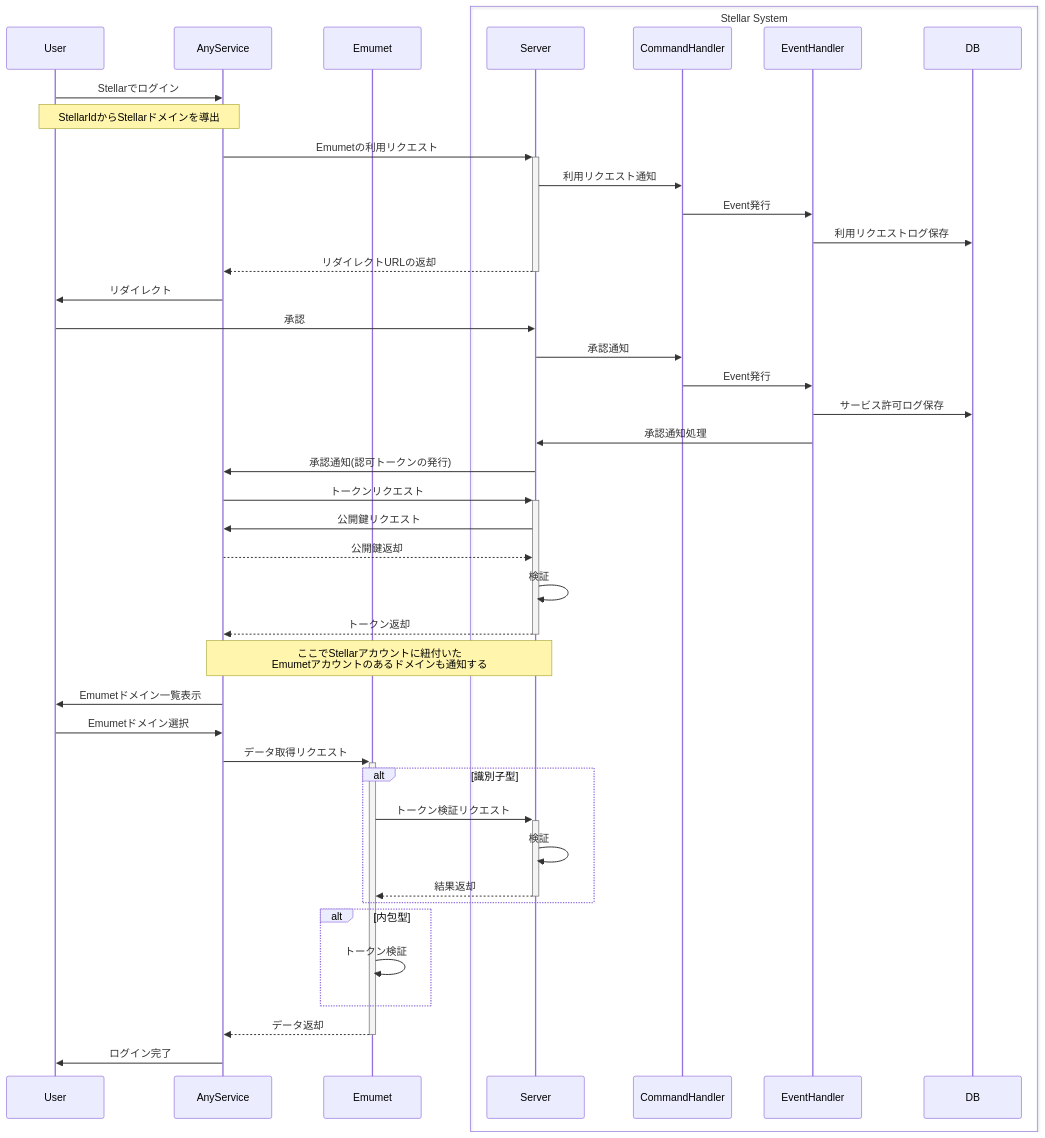
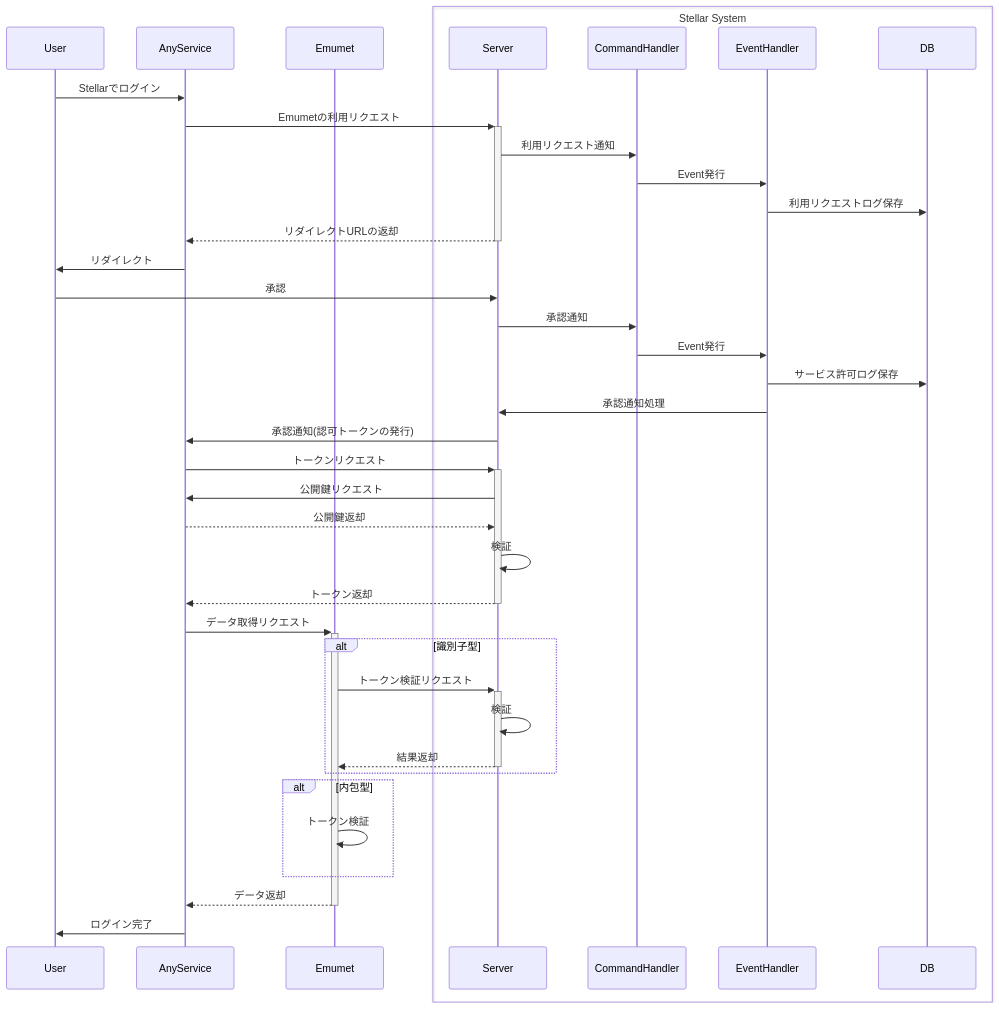
The fourth of 4 diagrams in packages/document/docs/service/common-flows.md (ShuttlePub/document), drawn with Mermaid before and after one commit. The commit also changed other lines of this file, not shown here.

Commit message:
docs: Comment out decentralised service flow

````diff
--- a/packages/document/docs/service/common-flows.md
+++ b/packages/document/docs/service/common-flows.md
@@ -57,45 +59,45 @@
 ```mermaid
 sequenceDiagram
     participant U as User
     participant A as AnyService
     participant E as Emumet
     box Stellar System
         participant S as Server
         participant SC as CommandHandler
         participant SE as EventHandler
         participant SD as DB
     end
     U->>A: Stellarでログイン
-    note over U,A: StellarIdからStellarドメインを導出
+%%    note over U,A: StellarIdからStellarドメインを導出
     A->>+S: Emumetの利用リクエスト
         S->>SC: 利用リクエスト通知
         SC->>SE: Event発行
         SE->>SD: 利用リクエストログ保存
     S-->>-A: リダイレクトURLの返却
     A->>U: リダイレクト
     U->>S: 承認
         S->>SC: 承認通知
         SC->>SE: Event発行
         SE->>SD: サービス許可ログ保存
         SE->>S: 承認通知処理
     S->>A: 承認通知(認可トークンの発行)
     A->>+S: トークンリクエスト
         S->>A: 公開鍵リクエスト
         A-->>S: 公開鍵返却
         S->>S: 検証
     S-->>-A: トークン返却
-    note over S,A: ここでStellarアカウントに紐付いた<br/>Emumetアカウントのあるドメインも通知する
-    A->>U: Emumetドメイン一覧表示
-    U->>A: Emumetドメイン選択
+%%    note over S,A: ここでStellarアカウントに紐付いた<br/>Emumetアカウントのあるドメインも通知する
+%%    A->>U: Emumetドメイン一覧表示
+%%    U->>A: Emumetドメイン選択
     A->>+E: データ取得リクエスト
     alt 識別子型
     E->>+S: トークン検証リクエスト
     S->>S: 検証
     S-->>-E: 結果返却
     end
     alt 内包型
     E->>E: トークン検証
     end
     E-->>-A: データ返却
     A->>U: ログイン完了
 ```
````
